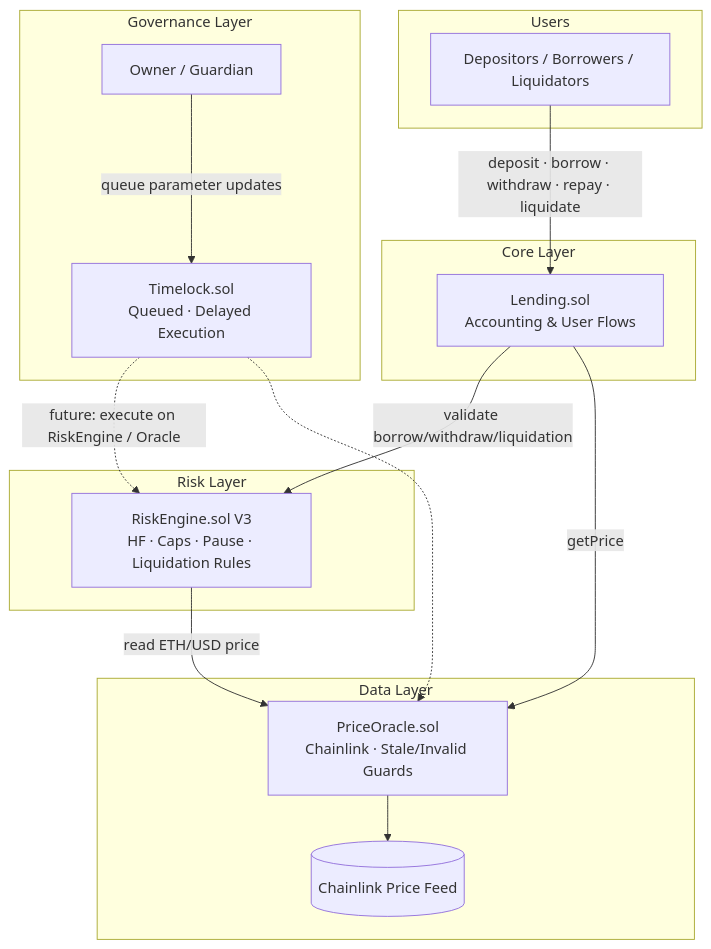
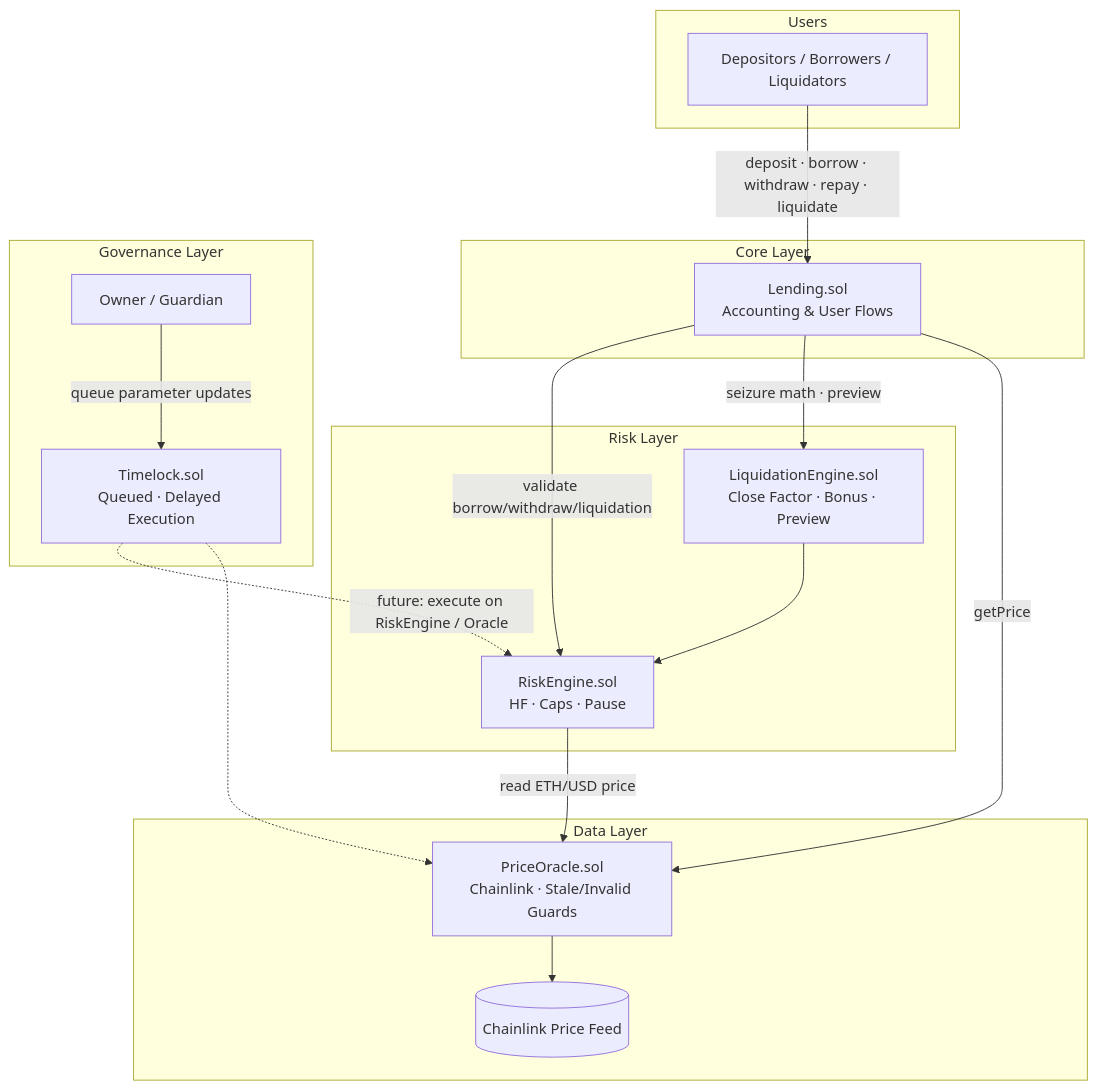
Before and after one commit to TheNomiff/lending-protocol: the diagram in README.md, drawn with Mermaid. The commit also changed other lines of this file and 12 other files, not shown here.

Commit message:
docs: synchronize repository documentation with current protocol architecture

````diff
--- a/README.md
+++ b/README.md
@@ -73,33 +71,36 @@
 ```mermaid
 flowchart TB
     subgraph Users
         U[Depositors / Borrowers / Liquidators]
     end
 
     subgraph Core["Core Layer"]
         L[Lending.sol<br/>Accounting & User Flows]
     end
 
     subgraph Risk["Risk Layer"]
-        RE[RiskEngine.sol V3<br/>HF · Caps · Pause · Liquidation Rules]
+        RE[RiskEngine.sol<br/>HF · Caps · Pause]
+        LE[LiquidationEngine.sol<br/>Close Factor · Bonus · Preview]
     end
 
     subgraph Data["Data Layer"]
         PO[PriceOracle.sol<br/>Chainlink · Stale/Invalid Guards]
         CL[(Chainlink Price Feed)]
     end
 
     subgraph Gov["Governance Layer"]
         TL[Timelock.sol<br/>Queued · Delayed Execution]
         O[Owner / Guardian]
     end
 
     U -->|deposit · borrow · withdraw · repay · liquidate| L
     L -->|validate borrow/withdraw/liquidation| RE
+    L -->|seizure math · preview| LE
+    LE --> RE
     RE -->|read ETH/USD price| PO
     PO --> CL
     O -->|queue parameter updates| TL
     TL -.->|future: execute on RiskEngine / Oracle| RE
     TL -.-> PO
     L -->|getPrice| PO
 ```
````
